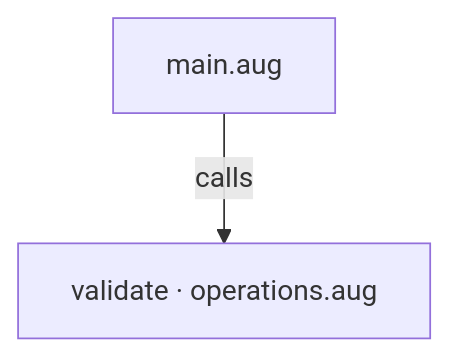
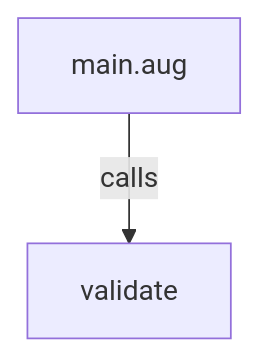
Before and after one commit to GreenPandaStudios/augscript: the first of 2 diagrams in benchmarks/errors/main.aug.diagrams.md, drawn with Mermaid. The commit also changed other lines of this file and 524 other files, not shown here.

Commit message:
Explain checked data flow at folder and service levels

````diff
--- a/benchmarks/errors/main.aug.diagrams.md
+++ b/benchmarks/errors/main.aug.diagrams.md
@@ -13,6 +11,6 @@
 ```mermaid
 flowchart TD
     n0["main.aug"]
-    n1["validate · operations.aug"]
+    n1["validate"]
     n0 -->|"calls"| n1
 ```
````
